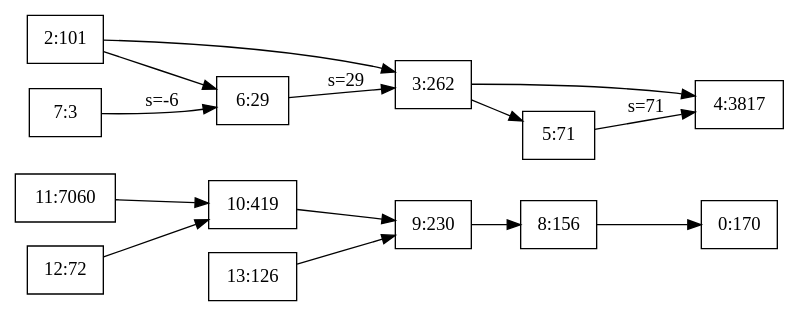
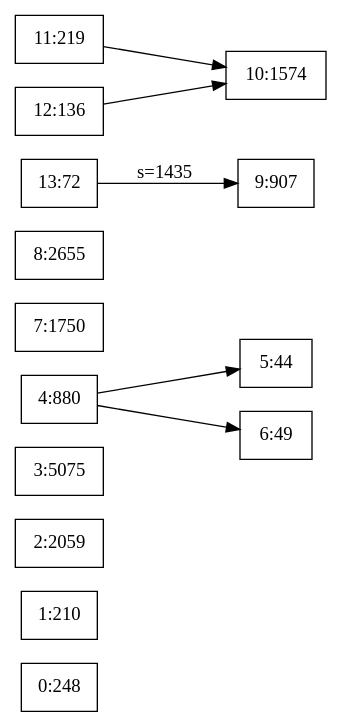
Before and after one commit to agongdai/peta: the diagram in graph/rm_bf_update.dot, drawn with Graphviz. The commit also changed 23 other files, not shown here.

```diff
--- a/graph/rm_bf_update.dot
+++ b/graph/rm_bf_update.dot
@@ -1,29 +1,22 @@
 digraph g { 
 	rankdir = LR 
-	0 [shape=box, label="0:170"] 
-	2 [shape=box, label="2:101"] 
-	2 -> 3
-	2 -> 6
-	3 [shape=box, label="3:262"] 
-	3 -> 4
-	3 -> 5
-	4 [shape=box, label="4:3817"] 
-	5 [shape=box, label="5:71"] 
-	5 -> 4 [label="s=71"] 
-	6 [shape=box, label="6:29"] 
-	6 -> 3 [label="s=29"] 
-	7 [shape=box, label="7:3"] 
-	7 -> 6 [label="s=-6"] 
-	8 [shape=box, label="8:156"] 
-	8 -> 0
-	9 [shape=box, label="9:230"] 
-	9 -> 8
-	10 [shape=box, label="10:419"] 
-	10 -> 9
-	11 [shape=box, label="11:7060"] 
+	0 [shape=box, label="0:248"] 
+	1 [shape=box, label="1:210"] 
+	2 [shape=box, label="2:2059"] 
+	3 [shape=box, label="3:5075"] 
+	4 [shape=box, label="4:880"] 
+	4 -> 5
+	4 -> 6
+	5 [shape=box, label="5:44"] 
+	6 [shape=box, label="6:49"] 
+	7 [shape=box, label="7:1750"] 
+	8 [shape=box, label="8:2655"] 
+	9 [shape=box, label="9:907"] 
+	10 [shape=box, label="10:1574"] 
+	11 [shape=box, label="11:219"] 
 	11 -> 10
-	12 [shape=box, label="12:72"] 
+	12 [shape=box, label="12:136"] 
 	12 -> 10
-	13 [shape=box, label="13:126"] 
-	13 -> 9
+	13 [shape=box, label="13:72"] 
+	13 -> 9 [label="s=1435"] 
 } 
```
